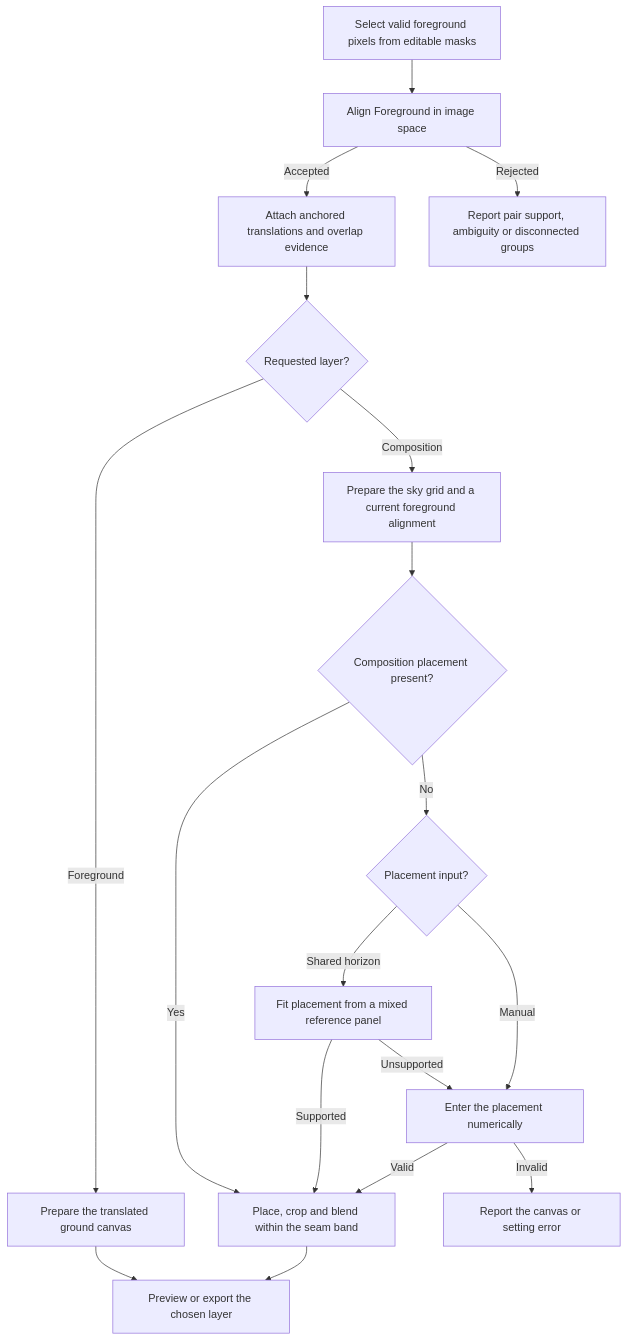
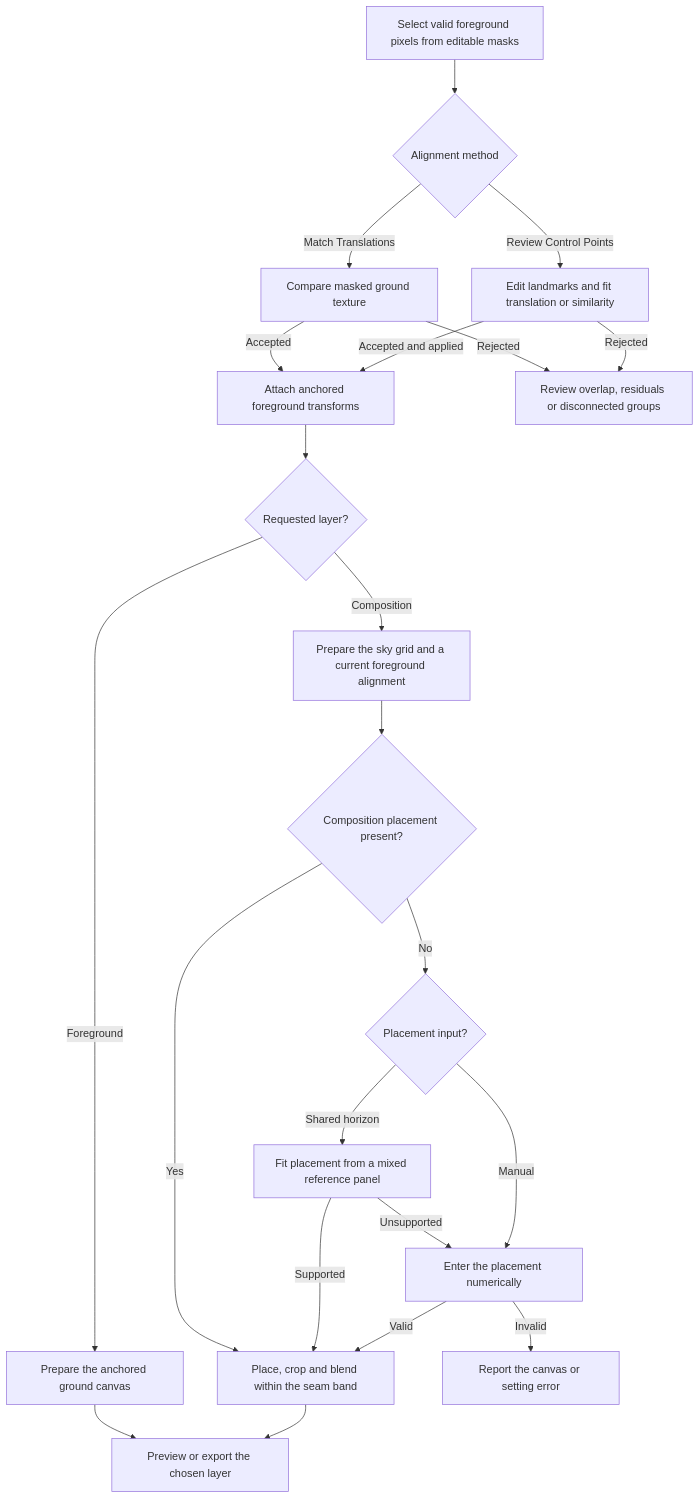
One commit to Batu-98/AstroMosaic changed the sixth of 9 diagrams in docs/workflows.md. Above: the diagram before and after it, drawn with Mermaid. The commit also changed other lines of this file and 17 other files, not shown here.

Commit message:
Review and edit terrain control points in the desktop

````diff
--- a/docs/workflows.md
+++ b/docs/workflows.md
@@ -241,20 +241,24 @@
 ```mermaid
 flowchart TD
-    masks["Select valid foreground pixels from editable masks"] --> align["Align Foreground in image space"]
-    align -->|Accepted| poses["Attach anchored translations and overlap evidence"]
-    align -->|Rejected| details["Report pair support, ambiguity or disconnected groups"]
+    masks["Select valid foreground pixels from editable masks"] --> align{"Alignment method"}
+    align -->|Match Translations| correlate["Compare masked ground texture"]
+    align -->|Review Control Points| points["Edit landmarks and fit translation or similarity"]
+    correlate -->|Accepted| poses["Attach anchored foreground transforms"]
+    points -->|Accepted and applied| poses
+    correlate -->|Rejected| details["Review overlap, residuals or disconnected groups"]
+    points -->|Rejected| details
     poses --> layer{"Requested layer?"}
-    layer -->|Foreground| ground["Prepare the translated ground canvas"]
+    layer -->|Foreground| ground["Prepare the anchored ground canvas"]
     layer -->|Composition| sky["Prepare the sky grid and a current foreground alignment"]
     sky --> ready{"Composition placement present?"}
     ready -->|Yes| combine["Place, crop and blend within the seam band"]
     ready -->|No| method{"Placement input?"}
     method -->|Shared horizon| propose["Fit placement from a mixed reference panel"]
     propose -->|Supported| combine
     propose -->|Unsupported| manual["Enter the placement numerically"]
     method -->|Manual| manual
     manual -->|Valid| combine
     manual -->|Invalid| fix["Report the canvas or setting error"]
     ground --> output["Preview or export the chosen layer"]
     combine --> output
 ```
````
